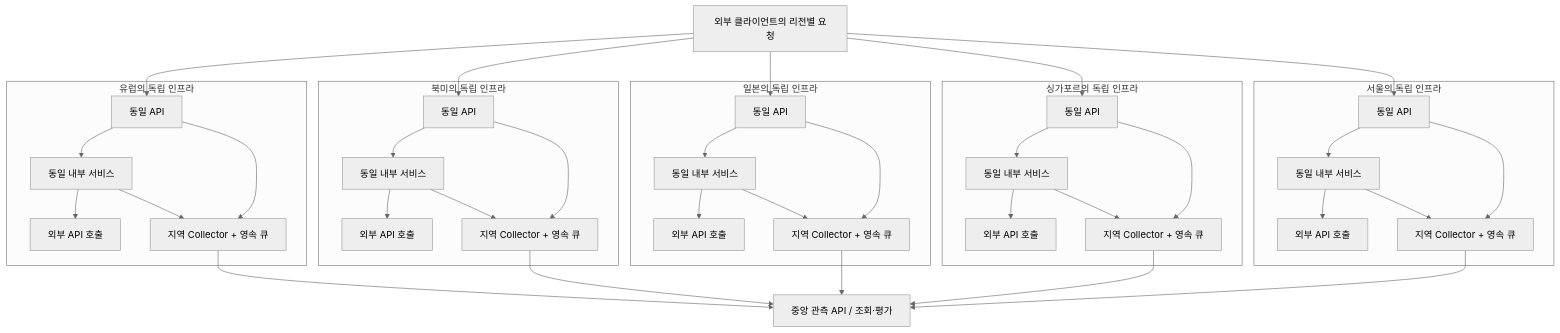
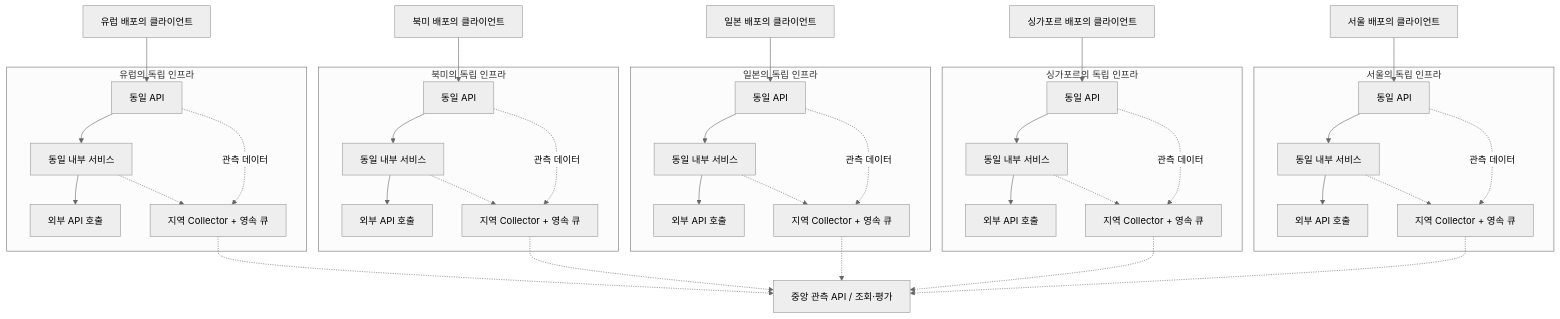
The diagram in docs/FIVE_REGION_OPERATIONS.md (benny1020/signaldesk), drawn with Mermaid (neutral theme) before and after one commit. The commit also changed other lines of this file and 7 other files, not shown here.

Commit message:
fix: preserve separate regional deployment nodes in request flows

````diff
--- a/docs/FIVE_REGION_OPERATIONS.md
+++ b/docs/FIVE_REGION_OPERATIONS.md
@@ -21,43 +23,43 @@
 ```mermaid
 flowchart TB
-  Router[외부 클라이언트의 리전별 요청] --> EUAPI
-  Router --> NAAPI
-  Router --> JPAPI
-  Router --> SGAPI
-  Router --> KRAPI
+  EUClient[유럽 배포의 클라이언트] --> EUAPI
+  NAClient[북미 배포의 클라이언트] --> NAAPI
+  JPClient[일본 배포의 클라이언트] --> JPAPI
+  SGClient[싱가포르 배포의 클라이언트] --> SGAPI
+  KRClient[서울 배포의 클라이언트] --> KRAPI
   subgraph EU[유럽의 독립 인프라]
     EUAPI[동일 API] --> EUWorker[동일 내부 서비스]
     EUWorker --> EUExternal[외부 API 호출]
-    EUAPI --> EUCollector[지역 Collector + 영속 큐]
-    EUWorker --> EUCollector
+    EUAPI -. 관측 데이터 .-> EUCollector[지역 Collector + 영속 큐]
+    EUWorker -.-> EUCollector
   end
   subgraph NA[북미의 독립 인프라]
     NAAPI[동일 API] --> NAWorker[동일 내부 서비스]
     NAWorker --> NAExternal[외부 API 호출]
-    NAAPI --> NACollector[지역 Collector + 영속 큐]
-    NAWorker --> NACollector
+    NAAPI -. 관측 데이터 .-> NACollector[지역 Collector + 영속 큐]
+    NAWorker -.-> NACollector
   end
   subgraph JP[일본의 독립 인프라]
     JPAPI[동일 API] --> JPWorker[동일 내부 서비스]
     JPWorker --> JPExternal[외부 API 호출]
-    JPAPI --> JPCollector[지역 Collector + 영속 큐]
-    JPWorker --> JPCollector
+    JPAPI -. 관측 데이터 .-> JPCollector[지역 Collector + 영속 큐]
+    JPWorker -.-> JPCollector
   end
   subgraph SG[싱가포르의 독립 인프라]
     SGAPI[동일 API] --> SGWorker[동일 내부 서비스]
     SGWorker --> SGExternal[외부 API 호출]
-    SGAPI --> SGCollector[지역 Collector + 영속 큐]
-    SGWorker --> SGCollector
+    SGAPI -. 관측 데이터 .-> SGCollector[지역 Collector + 영속 큐]
+    SGWorker -.-> SGCollector
   end
   subgraph KR[서울의 독립 인프라]
     KRAPI[동일 API] --> KRWorker[동일 내부 서비스]
     KRWorker --> KRExternal[외부 API 호출]
-    KRAPI --> KRCollector[지역 Collector + 영속 큐]
-    KRWorker --> KRCollector
+    KRAPI -. 관측 데이터 .-> KRCollector[지역 Collector + 영속 큐]
+    KRWorker -.-> KRCollector
   end
-  EUCollector --> Central[중앙 관측 API / 조회·평가]
-  NACollector --> Central
-  JPCollector --> Central
-  SGCollector --> Central
-  KRCollector --> Central
+  EUCollector -.-> Central[중앙 관측 API / 조회·평가]
+  NACollector -.-> Central
+  JPCollector -.-> Central
+  SGCollector -.-> Central
+  KRCollector -.-> Central
 ```
````
